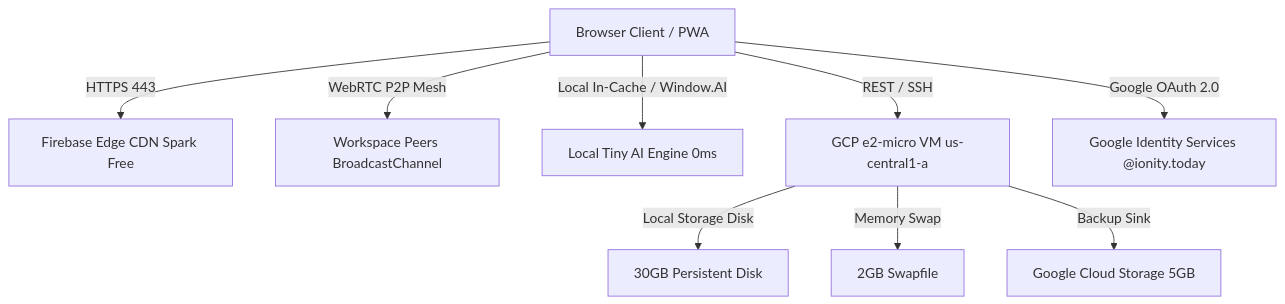
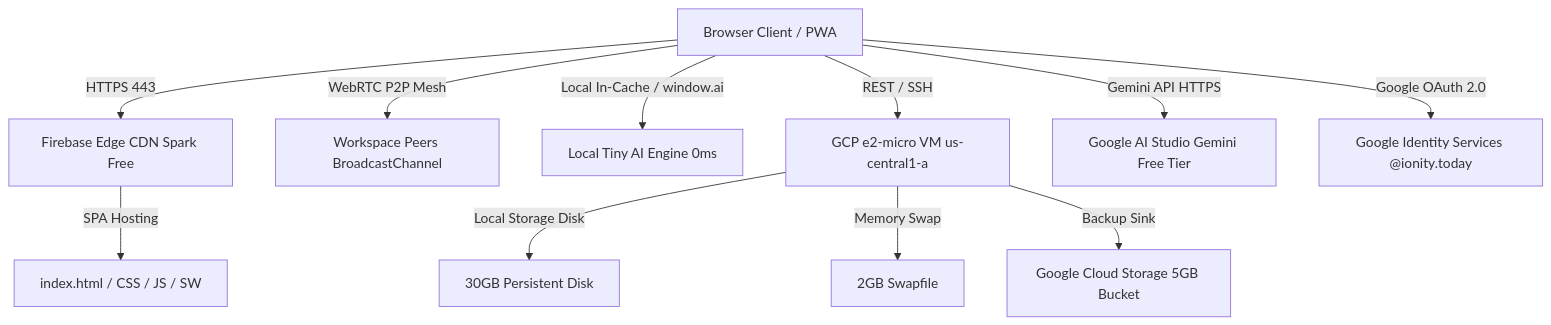
One commit to Ionity-Global-Pty-Ltd/ionity-central changed the diagram in wiki/Architecture.md. Above: the diagram before and after it, drawn with Mermaid. The commit also changed other lines of this file and 8 other files, not shown here.

````diff
--- a/wiki/Architecture.md
+++ b/wiki/Architecture.md
@@ -5,11 +9,13 @@
 ```mermaid
 graph TD
     Client[Browser Client / PWA] -->|HTTPS 443| Firebase[Firebase Edge CDN Spark Free]
     Client -->|WebRTC P2P Mesh| Peers[Workspace Peers BroadcastChannel]
-    Client -->|Local In-Cache / Window.AI| TinyAI[Local Tiny AI Engine 0ms]
+    Client -->|Local In-Cache / window.ai| TinyAI[Local Tiny AI Engine 0ms]
     Client -->|REST / SSH| GCPVM[GCP e2-micro VM us-central1-a]
+    Client -->|Gemini API HTTPS| GeminiAI[Google AI Studio Gemini Free Tier]
+    Client -->|Google OAuth 2.0| GSI[Google Identity Services @ionity.today]
     GCPVM -->|Local Storage Disk| Disk30GB[30GB Persistent Disk]
     GCPVM -->|Memory Swap| Swap2GB[2GB Swapfile]
-    GCPVM -->|Backup Sink| GCS[Google Cloud Storage 5GB]
-    Client -->|Google OAuth 2.0| GSI[Google Identity Services @ionity.today]
+    GCPVM -->|Backup Sink| GCS[Google Cloud Storage 5GB Bucket]
+    Firebase -->|SPA Hosting| Static[index.html / CSS / JS / SW]
 ```
````
